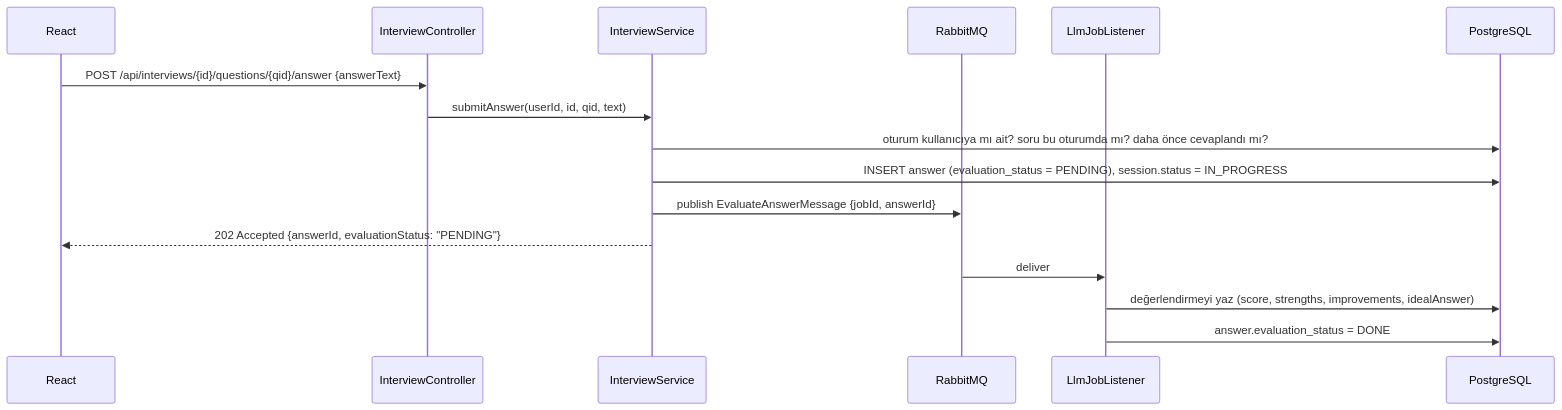
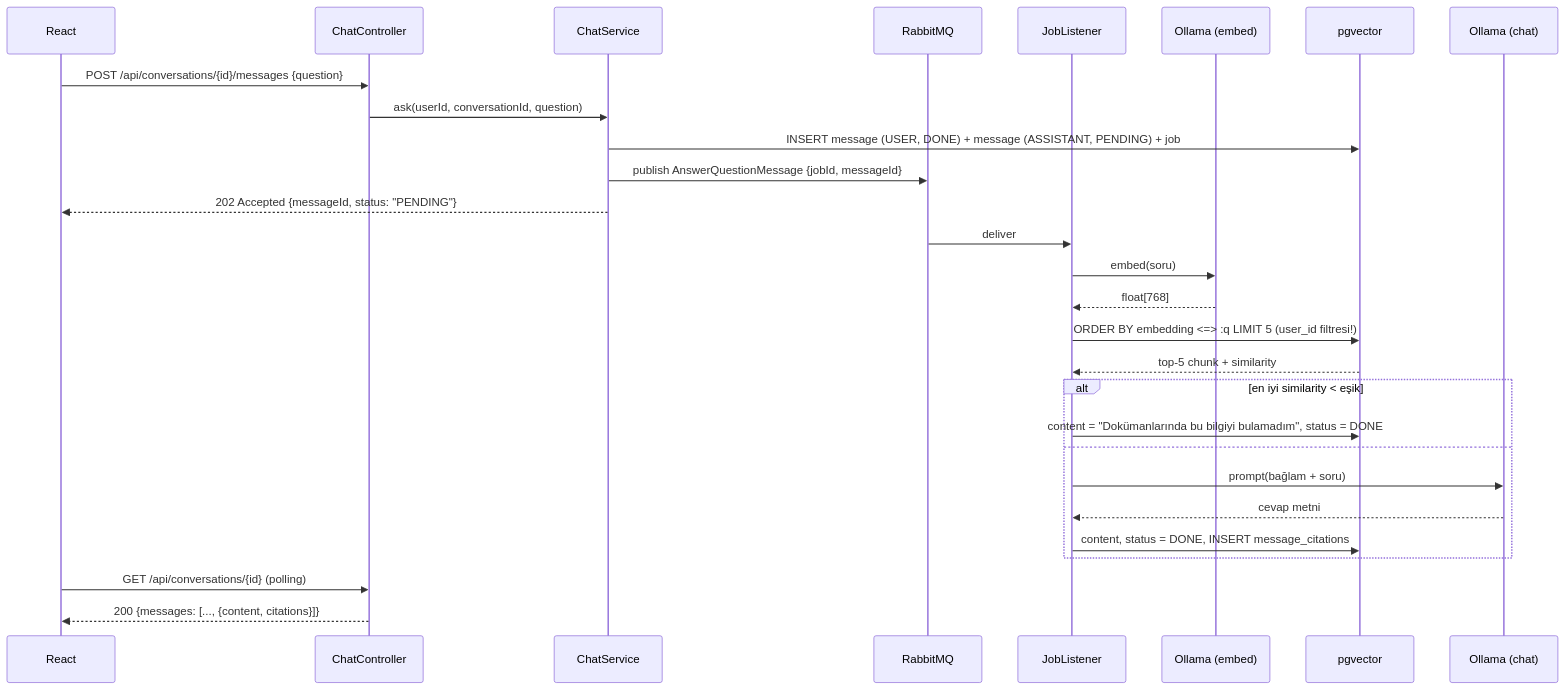
Before and after one commit to OzlemBalikci/DocuMind: the fourth of 5 diagrams in docs/02-mimari.md, drawn with Mermaid. The commit also changed other lines of this file and 7 other files, not shown here.

````diff
--- a/docs/02-mimari.md
+++ b/docs/02-mimari.md
@@ -222,20 +226,33 @@
 ```mermaid
 sequenceDiagram
     participant FE as React
-    participant API as InterviewController
-    participant S as InterviewService
+    participant API as ChatController
+    participant S as ChatService
     participant MQ as RabbitMQ
-    participant W as LlmJobListener
-    participant DB as PostgreSQL
+    participant W as JobListener
+    participant E as Ollama (embed)
+    participant DB as pgvector
+    participant C as Ollama (chat)
 
-    FE->>API: POST /api/interviews/{id}/questions/{qid}/answer {answerText}
-    API->>S: submitAnswer(userId, id, qid, text)
-    S->>DB: oturum kullanıcıya mı ait? soru bu oturumda mı? daha önce cevaplandı mı?
-    S->>DB: INSERT answer (evaluation_status = PENDING), session.status = IN_PROGRESS
-    S->>MQ: publish EvaluateAnswerMessage {jobId, answerId}
-    S-->>FE: 202 Accepted {answerId, evaluationStatus: "PENDING"}
+    FE->>API: POST /api/conversations/{id}/messages {question}
+    API->>S: ask(userId, conversationId, question)
+    S->>DB: INSERT message (USER, DONE) + message (ASSISTANT, PENDING) + job
+    S->>MQ: publish AnswerQuestionMessage {jobId, messageId}
+    S-->>FE: 202 Accepted {messageId, status: "PENDING"}
 
     MQ->>W: deliver
-    W->>DB: değerlendirmeyi yaz (score, strengths, improvements, idealAnswer)
-    W->>DB: answer.evaluation_status = DONE
+    W->>E: embed(soru)
+    E-->>W: float[768]
+    W->>DB: ORDER BY embedding <=> :q LIMIT 5 (user_id filtresi!)
+    DB-->>W: top-5 chunk + similarity
+    alt en iyi similarity < eşik
+        W->>DB: content = "Dokümanlarında bu bilgiyi bulamadım", status = DONE
+    else
+        W->>C: prompt(bağlam + soru)
+        C-->>W: cevap metni
+        W->>DB: content, status = DONE, INSERT message_citations
+    end
+
+    FE->>API: GET /api/conversations/{id} (polling)
+    API-->>FE: 200 {messages: [..., {content, citations}]}
 ```
````
